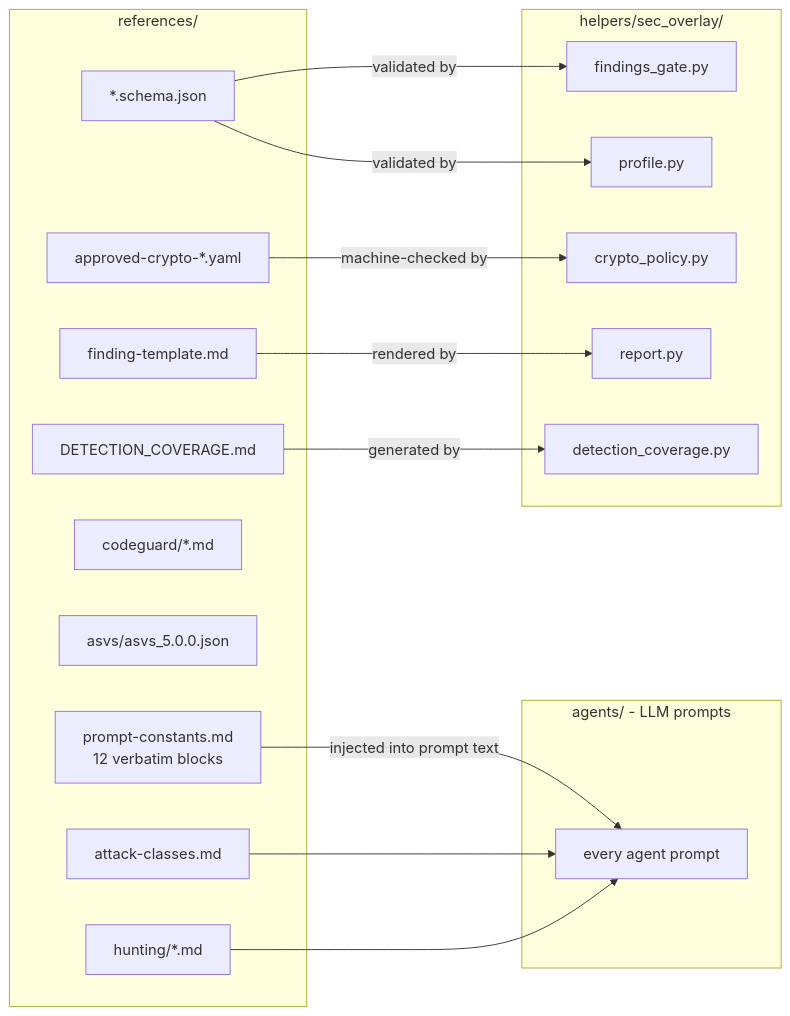
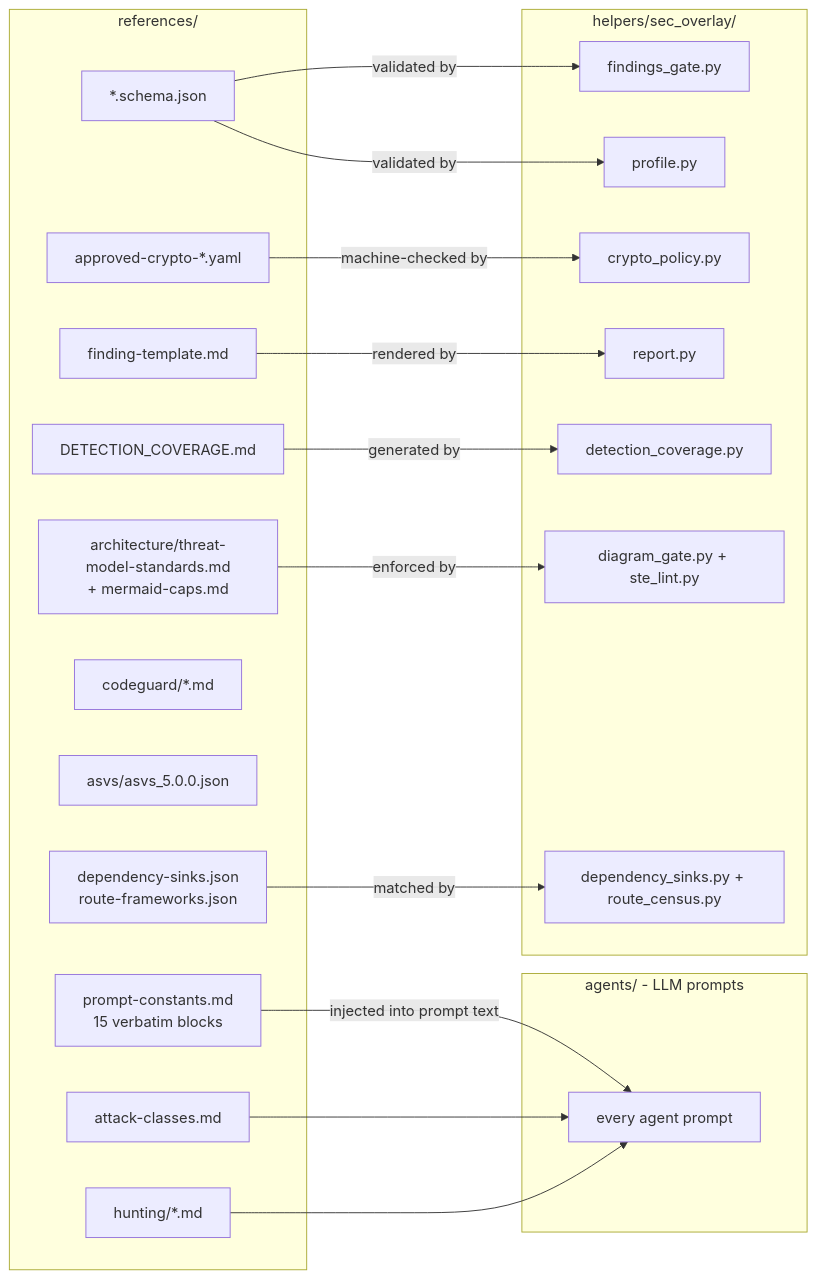
The first of 2 diagrams in openwiki/plugins/sec-overlay/references.md (cjbischoff/cjbischoff-claude-code-tools), drawn with Mermaid before and after one commit. The commit also changed other lines of this file and 22 other files, not shown here.

````diff
--- a/openwiki/plugins/sec-overlay/references.md
+++ b/openwiki/plugins/sec-overlay/references.md
@@ -27,32 +27,38 @@
 ```mermaid
 flowchart LR
     subgraph REF["references/"]
-        PC["prompt-constants.md<br/>12 verbatim blocks"]
+        PC["prompt-constants.md<br/>15 verbatim blocks"]
         AC["attack-classes.md"]
+        STD["architecture/threat-model-standards.md<br/>+ mermaid-caps.md"]
         FT["finding-template.md"]
         HUNT["hunting/*.md"]
         CG["codeguard/*.md"]
         ASVS["asvs/asvs_5.0.0.json"]
         CRYPTO["approved-crypto-*.yaml"]
+        DS["dependency-sinks.json<br/>route-frameworks.json"]
         SCHEMA["*.schema.json"]
         DC["DETECTION_COVERAGE.md"]
     end
     subgraph AGENTS["agents/ - LLM prompts"]
         A["every agent prompt"]
     end
     subgraph HELPERS["helpers/sec_overlay/"]
         FG["findings_gate.py"]
         PROF["profile.py"]
         CP["crypto_policy.py"]
         REP["report.py"]
         DCPY["detection_coverage.py"]
+        DGATE["diagram_gate.py + ste_lint.py"]
+        DSPY["dependency_sinks.py + route_census.py"]
     end
     PC -->|injected into prompt text| A
     AC --> A
+    STD -->|enforced by| DGATE
     HUNT --> A
     FT -->|rendered by| REP
     SCHEMA -->|validated by| FG
     SCHEMA -->|validated by| PROF
     CRYPTO -->|machine-checked by| CP
+    DS -->|matched by| DSPY
     DC -->|generated by| DCPY
 ```
````
